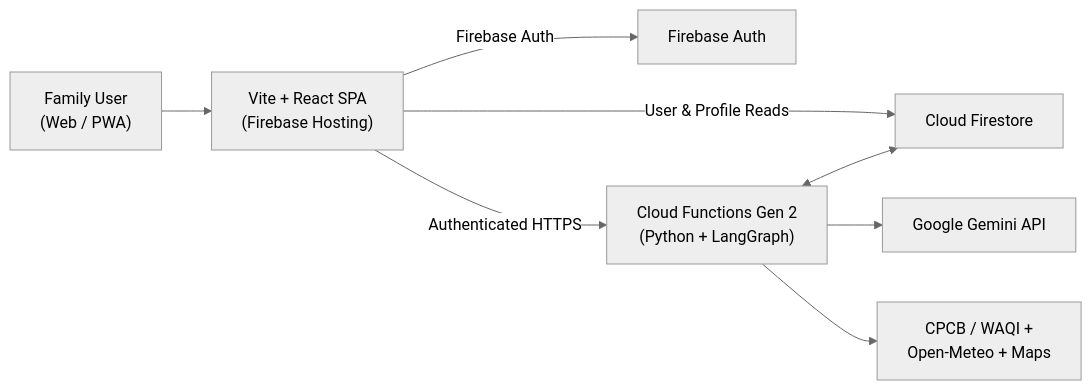
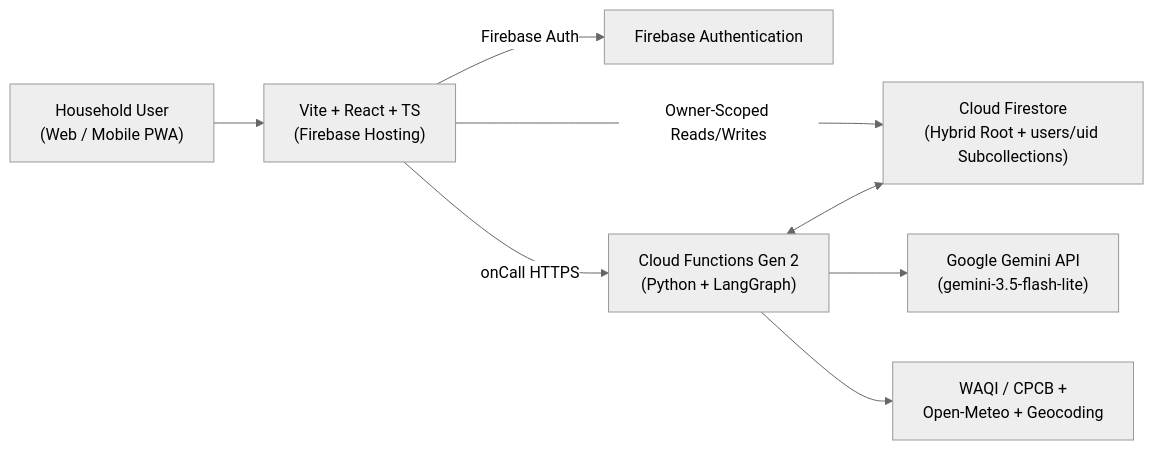
Before and after one commit to amide-init/BreathWiseAI: the diagram in README.md, drawn with Mermaid (neutral theme). The commit also changed other lines of this file and 1 other file, not shown here.

Commit message:
docs: add open-source README and MIT LICENSE

````diff
--- a/README.md
+++ b/README.md
@@ -11,10 +33,10 @@
 ```mermaid
 flowchart LR
-    User["Family User<br/>(Web / PWA)"] --> FE["Vite + React SPA<br/>(Firebase Hosting)"]
-    FE -->|Firebase Auth| Auth["Firebase Auth"]
-    FE -->|User & Profile Reads| FS["Cloud Firestore"]
-    FE -->|Authenticated HTTPS| CF["Cloud Functions Gen 2<br/>(Python + LangGraph)"]
-    CF --> Gemini["Google Gemini API"]
-    CF --> EnvAPIs["CPCB / WAQI +<br/>Open-Meteo + Maps"]
+    User["Household User<br/>(Web / Mobile PWA)"] --> FE["Vite + React + TS<br/>(Firebase Hosting)"]
+    FE -->|Firebase Auth| Auth["Firebase Authentication"]
+    FE -->|Owner-Scoped Reads/Writes| FS["Cloud Firestore<br/>(Hybrid Root + users/uid Subcollections)"]
+    FE -->|onCall HTTPS| CF["Cloud Functions Gen 2<br/>(Python + LangGraph)"]
+    CF --> Gemini["Google Gemini API<br/>(gemini-3.5-flash-lite)"]
+    CF --> EnvAPIs["WAQI / CPCB +<br/>Open-Meteo + Geocoding"]
     CF <--> FS
 ```
````
